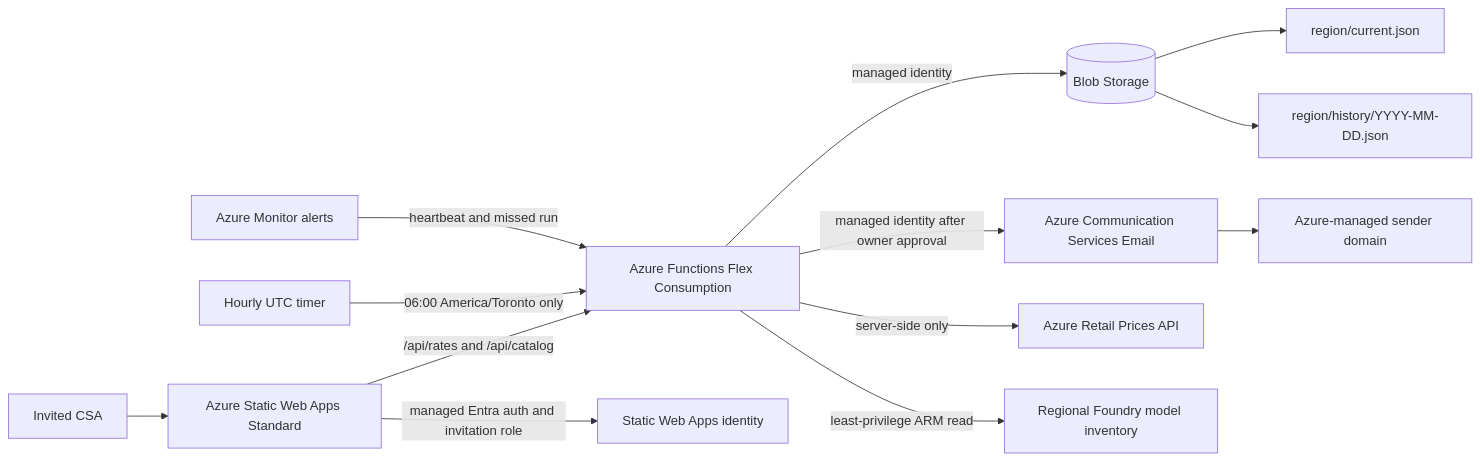
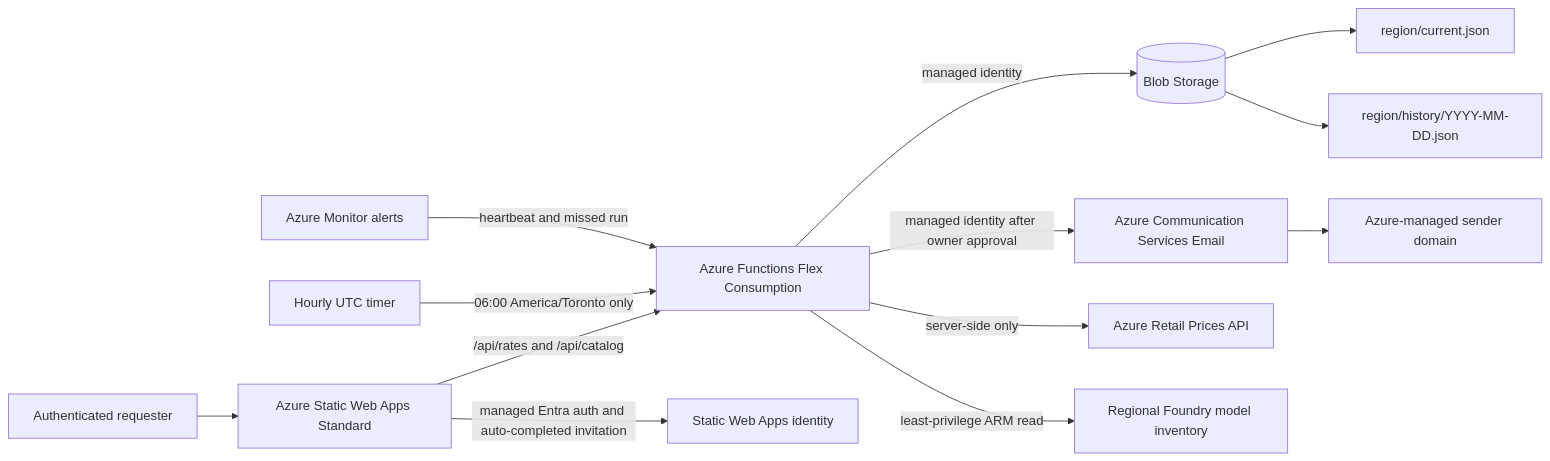
Before and after one commit to ritwickmicrosoft/foundry-cost-lab: the diagram in README.md, drawn with Mermaid. The commit also changed other lines of this file and 14 other files, not shown here.

````diff
--- a/README.md
+++ b/README.md
@@ -34,15 +34,15 @@
 ```mermaid
 flowchart LR
-  User[Invited CSA] --> SWA[Azure Static Web Apps Standard]
+  User[Authenticated requester] --> SWA[Azure Static Web Apps Standard]
   SWA -->|/api/rates and /api/catalog| API[Azure Functions Flex Consumption]
-  SWA -->|managed Entra auth and invitation role| Identity[Static Web Apps identity]
+  SWA -->|managed Entra auth and auto-completed invitation| Identity[Static Web Apps identity]
   API -->|managed identity| Blob[(Blob Storage)]
   API -->|managed identity after owner approval| ACS[Azure Communication Services Email]
   ACS --> ManagedDomain[Azure-managed sender domain]
   Timer[Hourly UTC timer] -->|06:00 America/Toronto only| API
   API -->|server-side only| Retail[Azure Retail Prices API]
   API -->|least-privilege ARM read| Catalog[Regional Foundry model inventory]
   Monitor[Azure Monitor alerts] -->|heartbeat and missed run| API
   Blob --> Current[region/current.json]
   Blob --> History[region/history/YYYY-MM-DD.json]
 ```
````
